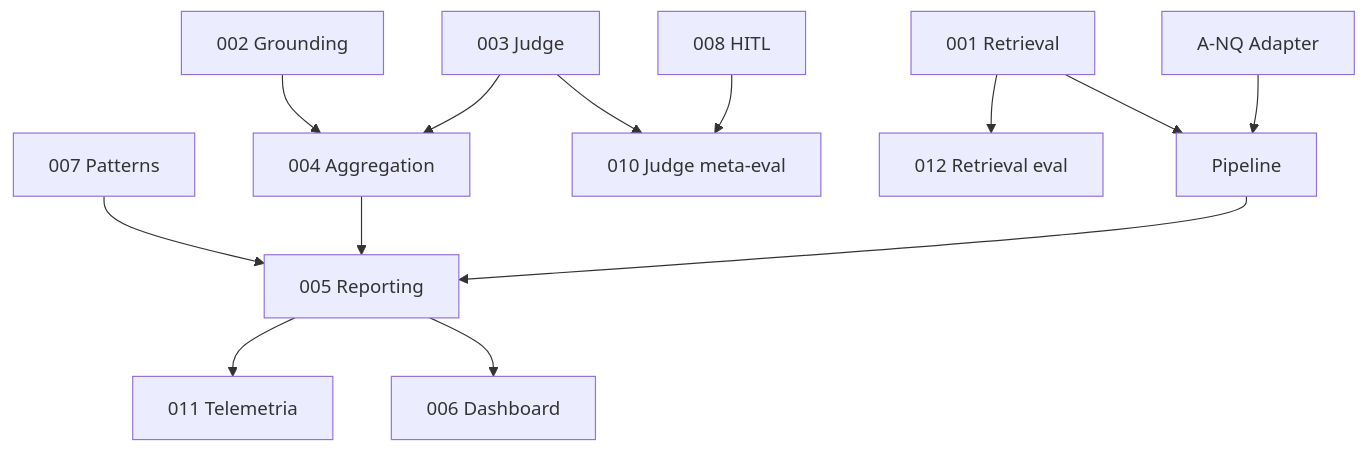
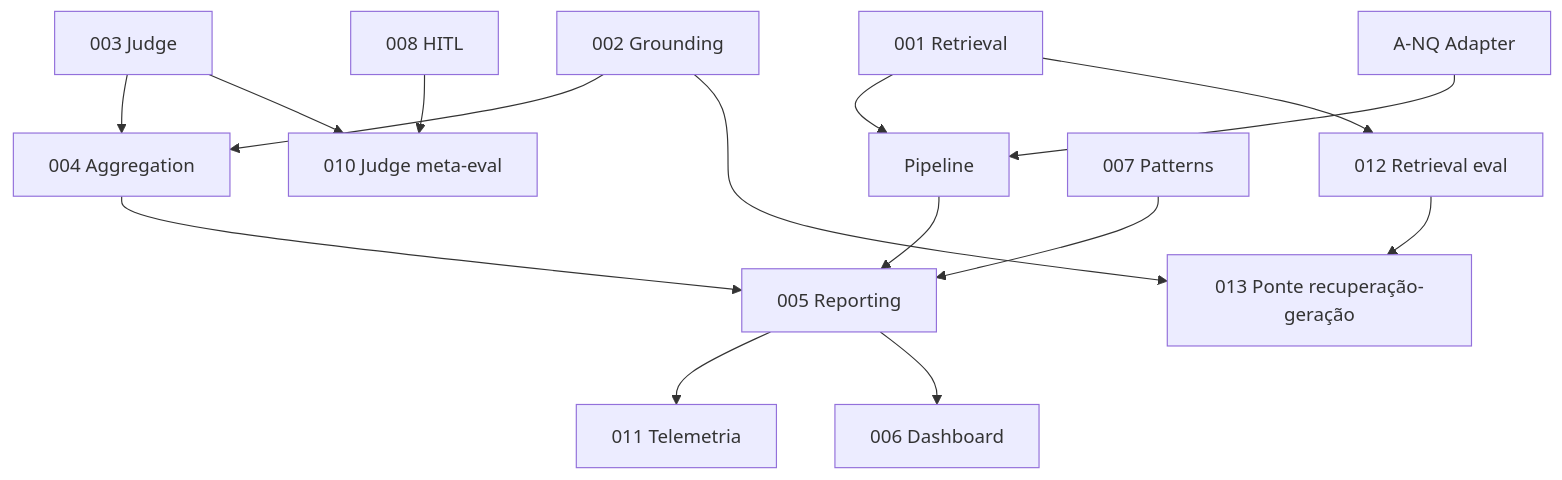
The diagram in docs/specs/README.md (karysoares/rag-eval-harness), drawn with Mermaid before and after one commit. The commit also changed other lines of this file and 13 other files, not shown here.

````diff
--- a/docs/specs/README.md
+++ b/docs/specs/README.md
@@ -42,15 +43,17 @@
 ```mermaid
 flowchart TB
   A001[001 Retrieval] --> Pipeline
   A002[002 Grounding] --> A004[004 Aggregation]
   A003[003 Judge] --> A004
   A003 --> A010[010 Judge meta-eval]
   A008[008 HITL] --> A010
   A005 --> A011[011 Telemetria]
   A001 --> A012[012 Retrieval eval]
+  A012 --> A013[013 Ponte recuperação-geração]
+  A002 --> A013
   A007[007 Patterns] --> A005[005 Reporting]
   A005 --> A006[006 Dashboard]
   A004 --> A005
   ANQ[A-NQ Adapter] --> Pipeline
   Pipeline --> A005
 ```
````
